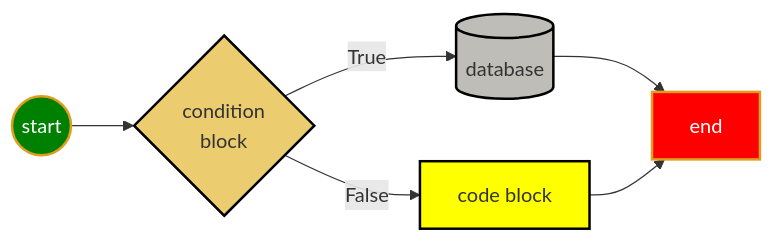
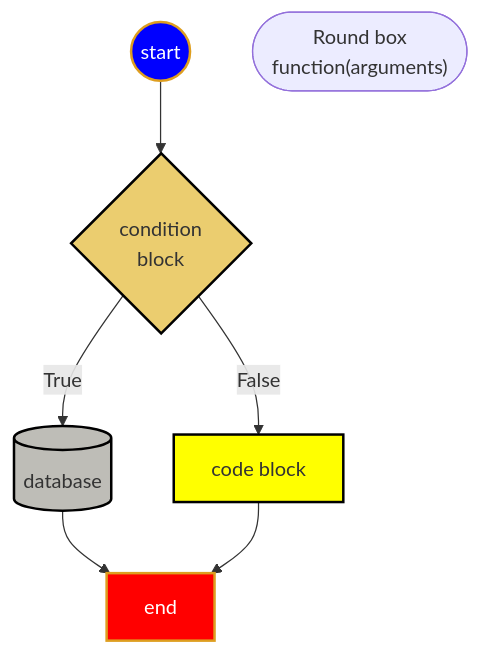
The diagram in doc/utilities.md (jwang1122/python), drawn with Mermaid before and after one commit. The commit also changed other lines of this file and 29 other files, not shown here.

````diff
--- a/doc/utilities.md
+++ b/doc/utilities.md
@@ -58,26 +34,27 @@
 ```mermaid
-graph LR
+graph TB
+
 START((start))
+END[end]
 B[code block]
-END[end]
+C(["Round box<br>function(arguments)"])
 IF{condition<br> block}
 DB[(database)]
 
 START-->IF
 IF--True-->DB-->END
 IF--False-->B-->END
 
-classDef start fill:green,stroke:#DE9E1F,stroke-width:2px,color:white;
+classDef start fill:blue,stroke:#DE9E1F,stroke-width:2px,color:white;
+classDef html fill:#F46624,stroke:#F46624,stroke-width:4px,color:white;
+classDef js fill:yellow,stroke:black,stroke-width:2px;
 classDef if fill:#EBCD6F,stroke:black,stroke-width:2px;
-classDef html fill:#F46624,stroke:#F46624,stroke-width:4px,color:white;
-classDef start fill:green,stroke:#DE9E1F,stroke-width:2px,color:white;
+classDef db fill:#BEBDB7,stroke:black,stroke-width:2px;
 classDef end1 fill:red,stroke:#DE9E1F,stroke-width:2px,color:white;
-classDef js fill:yellow,stroke:black,stroke-width:2px;
-classDef db fill:#BEBDB7,stroke:black,stroke-width:2px;
 
 class START start
 class B,D,E js
 class IF if
 class DB db
 class END end1
 ```
````
